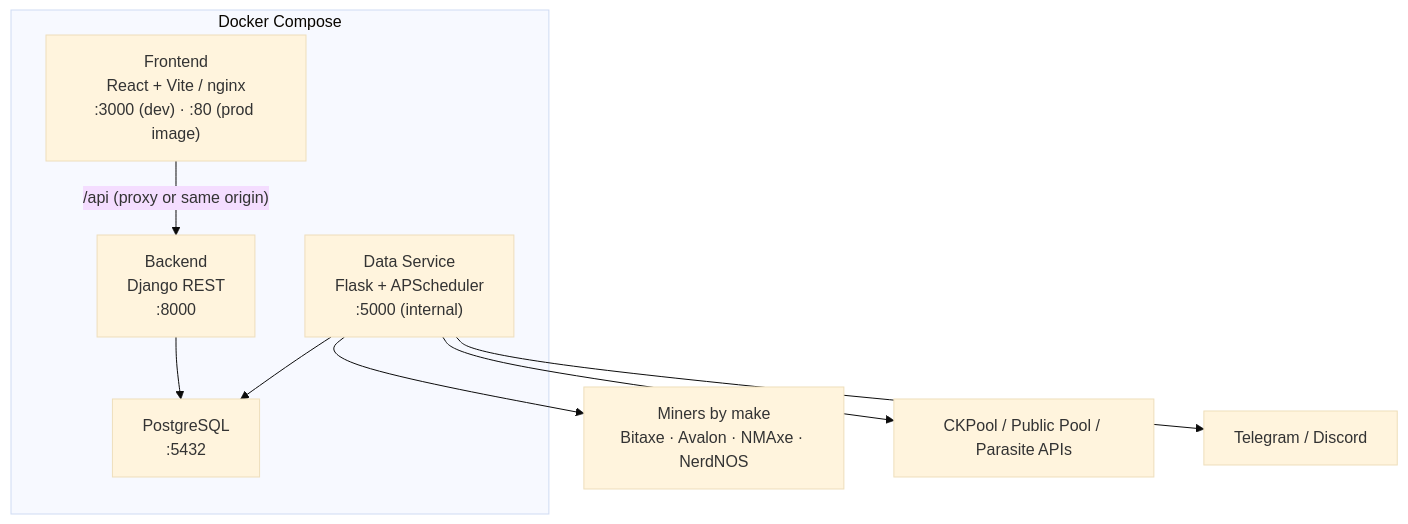
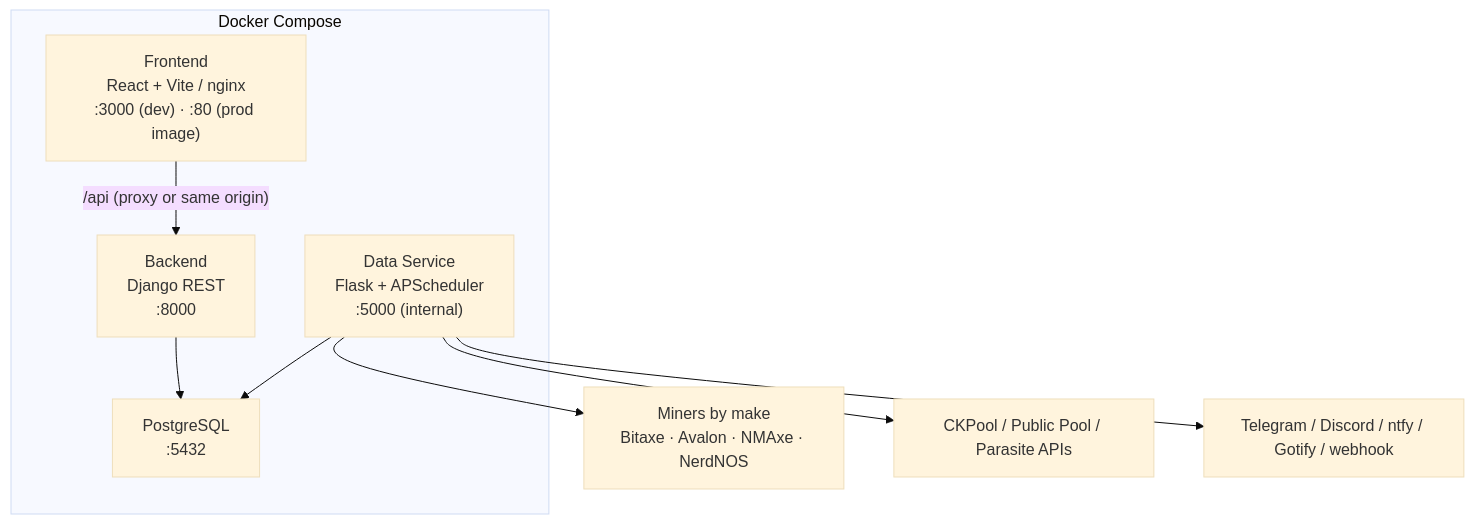
The diagram in README.md (bachato/miner-sentinel), drawn with Mermaid (base theme) before and after one commit. The commit also changed other lines of this file and 58 other files, not shown here.

````diff
--- a/README.md
+++ b/README.md
@@ -123,16 +140,16 @@
 ```mermaid
 graph TB
     subgraph Docker["Docker Compose"]
         FE["Frontend<br/>React + Vite / nginx<br/>:3000 (dev) · :80 (prod image)"]
         BE["Backend<br/>Django REST<br/>:8000"]
         DS["Data Service<br/>Flask + APScheduler<br/>:5000 (internal)"]
         DB["PostgreSQL<br/>:5432"]
     end
 
     FE -->|"/api (proxy or same origin)"| BE
     BE --> DB
     DS --> DB
     DS --> Miners["Miners by make<br/>Bitaxe · Avalon · NMAxe · NerdNOS"]
     DS --> Pools["CKPool / Public Pool / Parasite APIs"]
-    DS --> Notify["Telegram / Discord"]
+    DS --> Notify["Telegram / Discord / ntfy / Gotify / webhook"]
 ```
````
